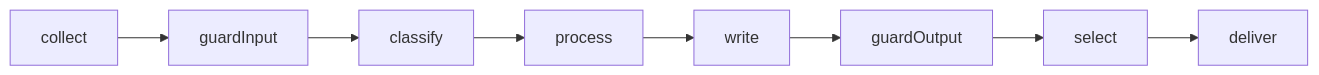
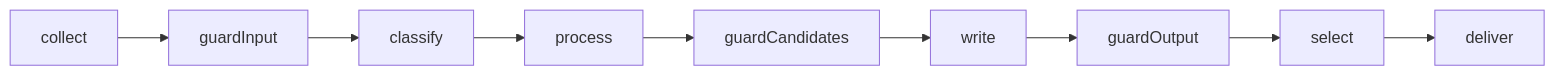
One commit to odere-pro/weekly-engineering-digest-agent changed the diagram in .claude/rules/feature-docs.md. Above: the diagram before and after it, drawn with Mermaid. The commit also changed 106 other files, not shown here.

First line of the commit message:
perf: guard the picks after process and reuse a week's model answers

````diff
--- a/.claude/rules/feature-docs.md
+++ b/.claude/rules/feature-docs.md
@@ -44,4 +44,4 @@
 ```mermaid
 flowchart LR
-  collect --> guardInput --> classify --> process --> write --> guardOutput --> select --> deliver
+  collect --> guardInput --> classify --> process --> guardCandidates --> write --> guardOutput --> select --> deliver
 ```
````
